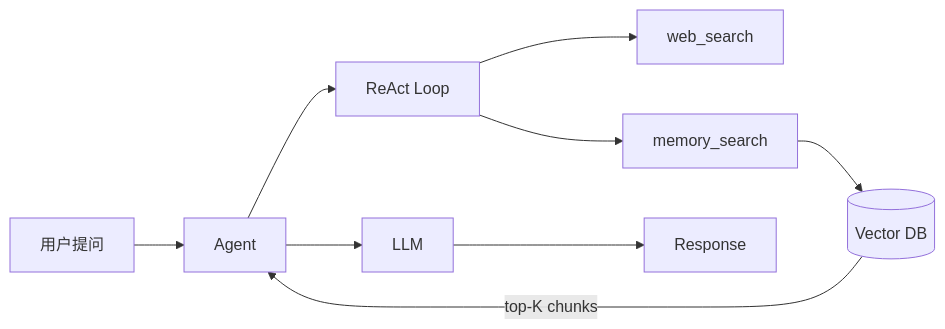
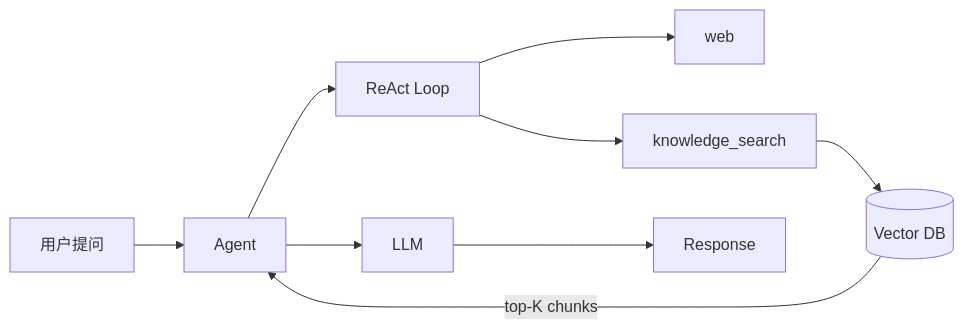
The diagram in agentprimordia/docs/cookbook/rag-agent.md (1405451216/AgentPrimordia), drawn with Mermaid before and after one commit. The commit also changed other lines of this file and 58 other files, not shown here.

````diff
--- a/agentprimordia/docs/cookbook/rag-agent.md
+++ b/agentprimordia/docs/cookbook/rag-agent.md
@@ -11,11 +11,11 @@
 ```mermaid
 graph LR
     U[用户提问] --> A[Agent]
     A --> R[ReAct Loop]
-    R --> T1[web_search]
-    R --> T2[memory_search]
+    R --> T1[web]
+    R --> T2[knowledge_search]
     T2 --> V[(Vector DB)]
     V -->|top-K chunks| A
     A --> L[LLM]
     L --> Response
 ```
````
